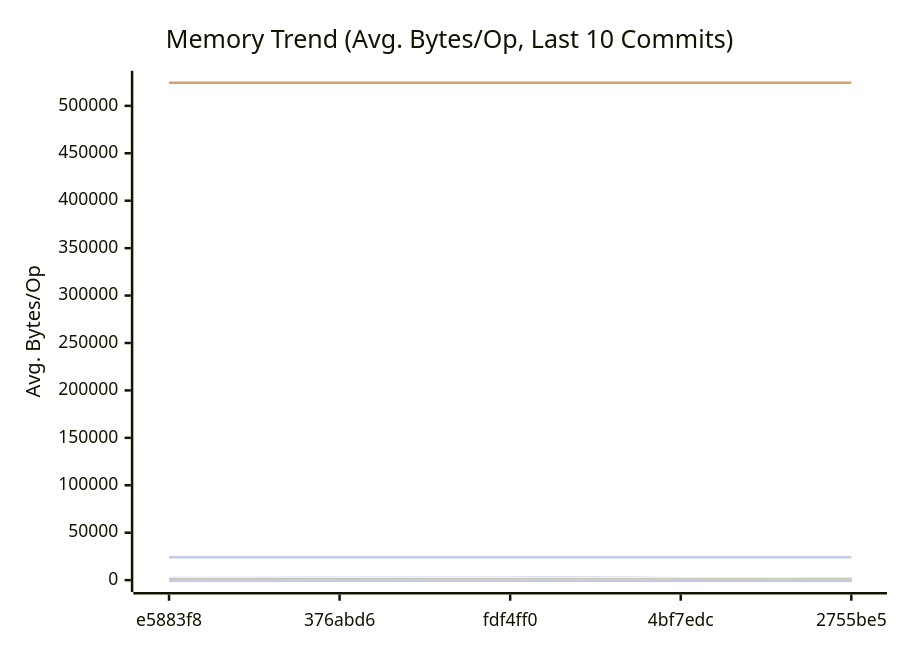
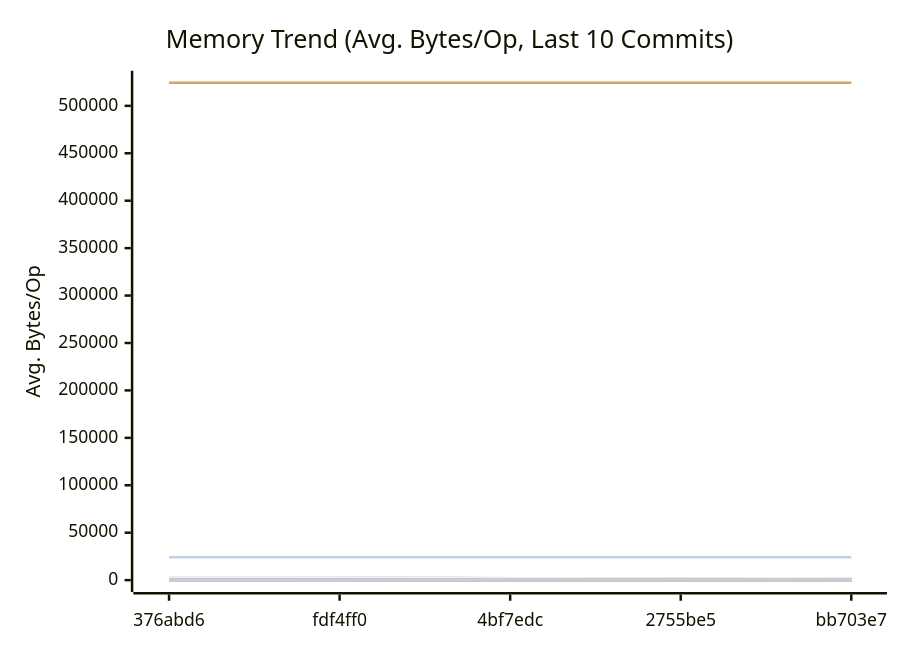
Before and after one commit to alsotoes/momo: the second of 3 diagrams in docs/PERFORMANCE.md, drawn with Mermaid. The commit also changed other lines of this file and 3 other files, not shown here.

````diff
--- a/docs/PERFORMANCE.md
+++ b/docs/PERFORMANCE.md
@@ -310,44 +310,44 @@
 ```mermaid
 xychart-beta
     title "Memory Trend (Avg. Bytes/Op, Last 10 Commits)"
     x-axis "Commit"
     y-axis "Avg. Bytes/Op"
-    x-axis [e5883f8,376abd6,fdf4ff0,4bf7edc,2755be5]
-    line "AWSChunkedReaderSigned" [161,167,124,108,128,114,123,127,107,88]
-    line "AWSChunkedReaderUnsigned" [161,164,139,116,147,109,121,110,100,95]
+    x-axis [376abd6,fdf4ff0,4bf7edc,2755be5,bb703e7]
+    line "AWSChunkedReaderSigned" [167,124,108,128,114,123,127,107,88,100]
+    line "AWSChunkedReaderUnsigned" [164,139,116,147,109,121,110,100,95,109]
     line "CheckMetricsAndSwap" [0,0,0,0,0,0,0,0,0,0]
     line "CrushOptimized" [0,0,0,0,0,0,0,0,0,0]
     line "CrushOriginal" [164,164,164,164,164,164,164,164,164,164]
-    line "FormatListObjectsV2XML_AppendFormat" [524439,524442,524446,524462,524483,524463,524491,524477,524500,524483]
+    line "FormatListObjectsV2XML_AppendFormat" [524442,524446,524462,524483,524463,524491,524477,524500,524483,524504]
     line "FormatListObjectsV2XML_OldFormat" [24000,24000,24000,24000,24000,24000,24000,24000,24000,24000]
-    line "HashBytes/1MiB" [265,304,292,205,221,207,239,189,200,190]
-    line "HashBytes/256MiB" [282,305,290,229,220,189,234,233,223,190]
-    line "HashBytes/64MiB" [280,320,276,225,211,189,213,196,188,246]
-    line "HashFile/1MiB" [312,273,313,212,204,182,175,202,190,214]
-    line "HashFile/256MiB" [338,304,264,203,205,211,184,230,193,152]
-    line "HashFile/64MiB" [336,269,324,201,204,237,203,232,194,193]
+    line "HashBytes/1MiB" [304,292,205,221,207,239,189,200,190,206]
+    line "HashBytes/256MiB" [305,290,229,220,189,234,233,223,190,239]
+    line "HashBytes/64MiB" [320,276,225,211,189,213,196,188,246,242]
+    line "HashFile/1MiB" [273,313,212,204,182,175,202,190,214,232]
+    line "HashFile/256MiB" [304,264,203,205,211,184,230,193,152,190]
+    line "HashFile/64MiB" [269,324,201,204,237,203,232,194,193,195]
     line "IndexDirectTracking" [0,0,0,0,0,0,0,0,0,0]
     line "IndexSearch" [0,0,0,0,0,0,0,0,0,0]
     line "LastModifiedHeader_AppendFormat" [0,0,0,0,0,0,0,0,0,0]
     line "LastModifiedHeader_Format" [32,32,32,32,32,32,32,32,32,32]
     line "LoadGlobalConfig" [1976,1976,1976,1976,1976,1976,1976,1976,1976,1976]
-    line "LocalWrite/1MiB" [1458,2352,2430,1992,1318,1899,1346,1995,1817,1626]
-    line "LocalWrite/256MiB" [2231,2851,2682,2123,1776,2213,1940,2087,2086,1665]
-    line "LocalWrite/64MiB" [2401,2788,2594,2044,1265,2063,1863,1888,2026,1495]
+    line "LocalWrite/1MiB" [2352,2430,1992,1318,1899,1346,1995,1817,1626,1829]
+    line "LocalWrite/256MiB" [2851,2682,2123,1776,2213,1940,2087,2086,1665,2131]
+    line "LocalWrite/64MiB" [2788,2594,2044,1265,2063,1863,1888,2026,1495,1896]
     line "PadString" [64,64,64,64,64,64,64,64,64,64]
     line "ParseReplicationOrder_NoPrealloc" [408,408,408,408,408,248,248,248,248,248]
     line "ParseReplicationOrder_Prealloc" [240,240,240,240,240,80,80,80,80,80]
     line "Placement" [352,352,352,352,352,352,352,352,352,352]
     line "PlacementDomainSpread" [352,352,352,352,352,352,352,352,352,352]
-    line "ReadVerify/1MiB" [334,276,292,235,206,264,221,222,228,159]
-    line "ReadVerify/256MiB" [268,334,304,216,201,233,215,188,195,228]
-    line "ReadVerify/64MiB" [313,289,245,165,200,233,217,201,195,225]
-    line "S3PutSpool/1MiB" [277,241,233,181,162,207,157,170,157,197]
-    line "S3PutSpool/256MiB" [247,254,258,182,190,202,165,171,152,151]
-    line "S3PutSpool/64MiB" [273,230,242,175,170,238,183,173,176,166]
+    line "ReadVerify/1MiB" [276,292,235,206,264,221,222,228,159,210]
+    line "ReadVerify/256MiB" [334,304,216,201,233,215,188,195,228,177]
+    line "ReadVerify/64MiB" [289,245,165,200,233,217,201,195,225,199]
+    line "S3PutSpool/1MiB" [241,233,181,162,207,157,170,157,197,205]
+    line "S3PutSpool/256MiB" [254,258,182,190,202,165,171,152,151,201]
+    line "S3PutSpool/64MiB" [230,242,175,170,238,183,173,176,166,167]
     line "SanitizeLog/Safe" [0,0,0,0,0,0,0,0,0,0]
     line "SanitizeLog/Unsafe" [704,704,704,704,704,704,704,704,704,704]
-    line "TrustedRead/1MiB" [297,309,258,162,184,216,228,174,171,205]
-    line "TrustedRead/256MiB" [303,311,285,186,175,219,190,237,202,213]
-    line "TrustedRead/64MiB" [308,293,274,201,160,199,226,173,163,199]
+    line "TrustedRead/1MiB" [309,258,162,184,216,228,174,171,205,178]
+    line "TrustedRead/256MiB" [311,285,186,175,219,190,237,202,213,230]
+    line "TrustedRead/64MiB" [293,274,201,160,199,226,173,163,199,192]
 ```
````
